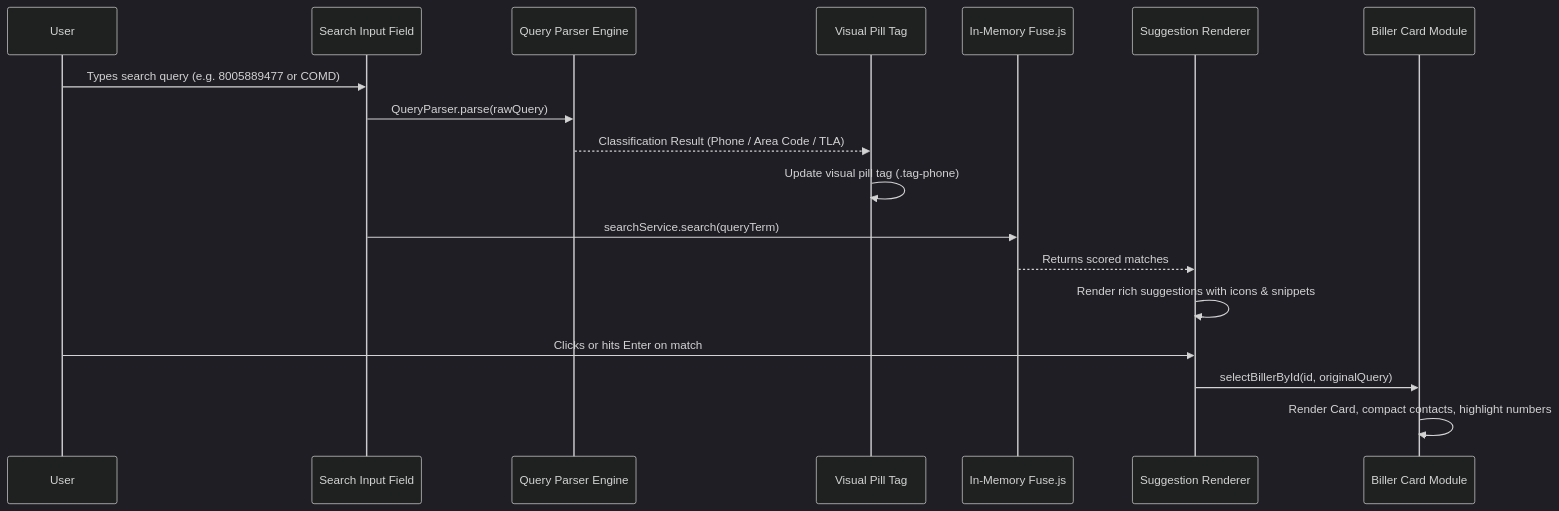
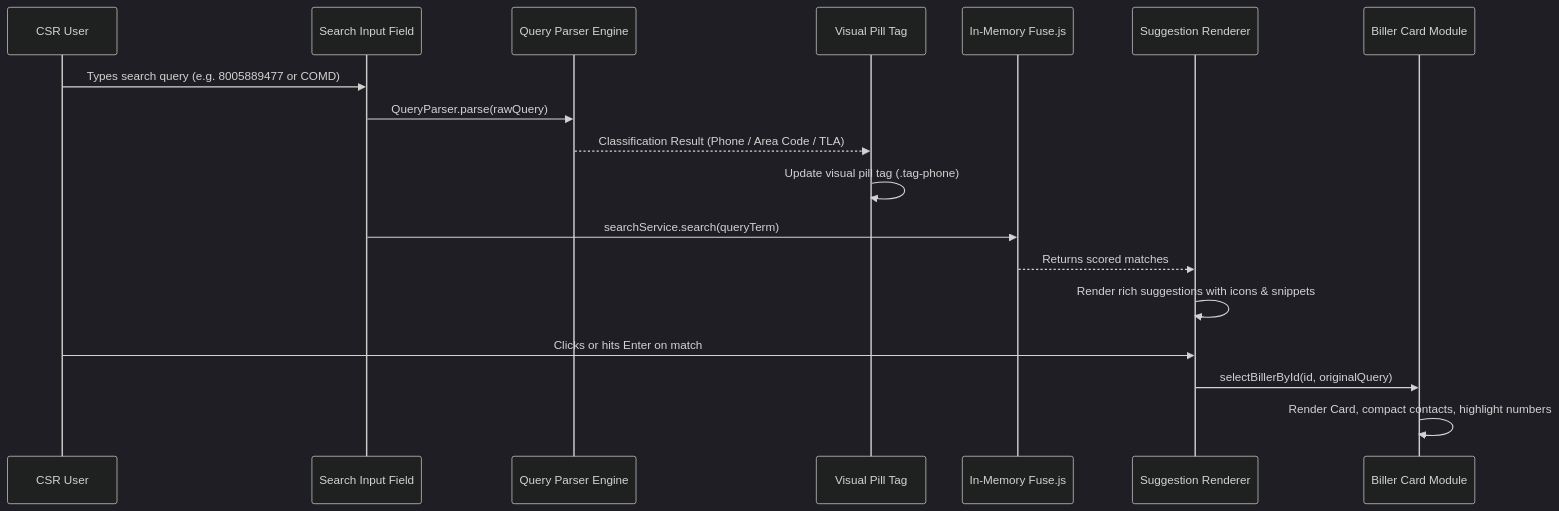
One commit to Harshil8136/chess-game1 changed the second of 2 diagrams in synced-docs/cf-admin/documentation/archive/DO NOT SCAN!/CODEBASE_REVIEW.md. Above: the diagram before and after it, drawn with Mermaid (dark theme). The commit also changed other lines of this file and 4 other files, not shown here.

````diff
--- a/synced-docs/cf-admin/documentation/archive/DO NOT SCAN!/CODEBASE_REVIEW.md
+++ b/synced-docs/cf-admin/documentation/archive/DO NOT SCAN!/CODEBASE_REVIEW.md
@@ -145,21 +145,21 @@
 ```mermaid
 sequenceDiagram
-    participant User
+    participant User as CSR User
     participant SearchInput as Search Input Field
     participant QueryParser as Query Parser Engine
     participant QueryTag as Visual Pill Tag
     participant Fuse as In-Memory Fuse.js
     participant UI_Search as Suggestion Renderer
     participant BillerCard as Biller Card Module
 
     User->>SearchInput: Types search query (e.g. 8005889477 or COMD)
     SearchInput->>QueryParser: QueryParser.parse(rawQuery)
     QueryParser-->>QueryTag: Classification Result (Phone / Area Code / TLA)
     QueryTag->>QueryTag: Update visual pill tag (.tag-phone)
     SearchInput->>Fuse: searchService.search(queryTerm)
     Fuse-->>UI_Search: Returns scored matches
     UI_Search->>UI_Search: Render rich suggestions with icons & snippets
     User->>UI_Search: Clicks or hits Enter on match
     UI_Search->>BillerCard: selectBillerById(id, originalQuery)
     BillerCard->>BillerCard: Render Card, compact contacts, highlight numbers
 ```
````
